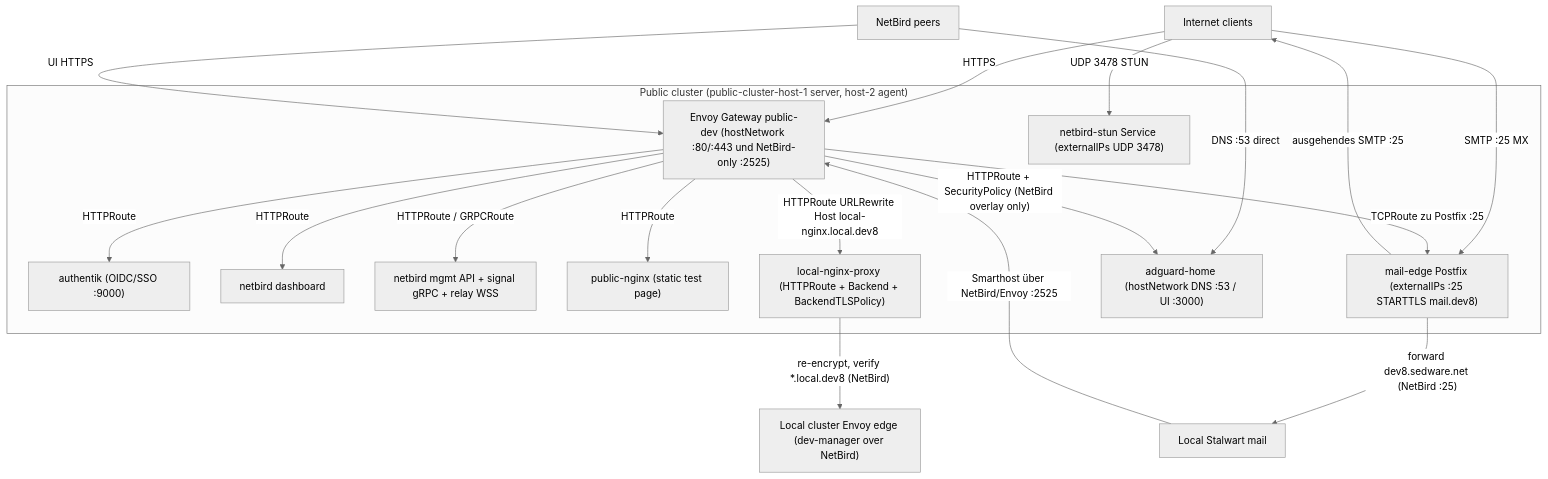
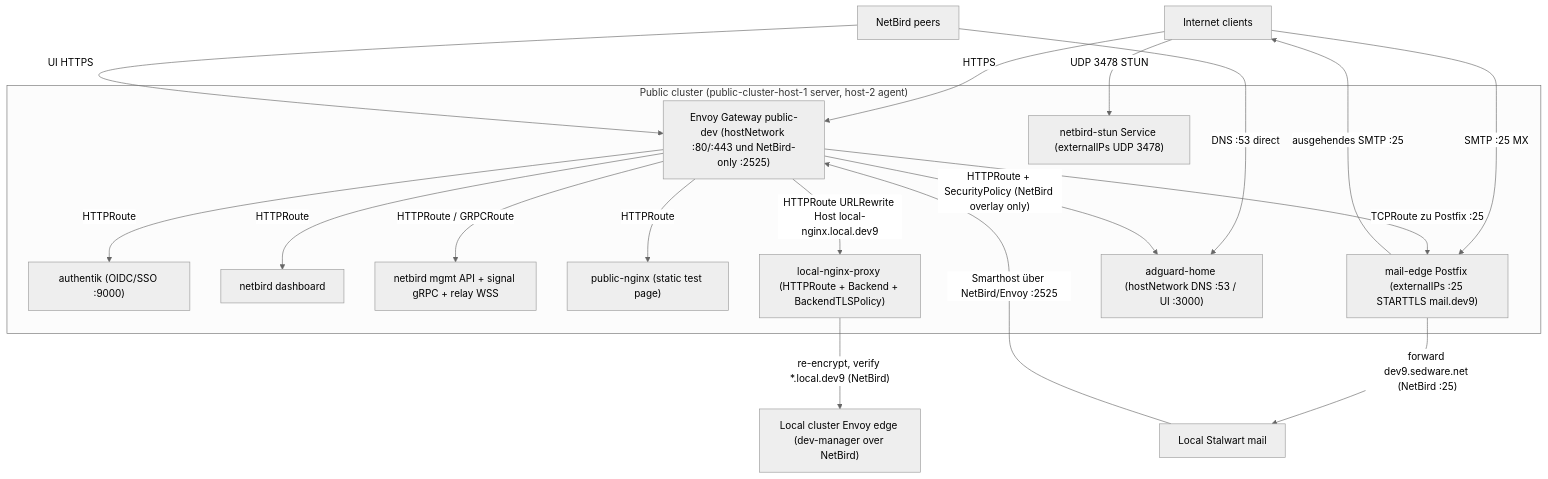
One commit to rowBeeX/public-cluster-kubernetes changed the diagram in docs/architecture.md. Above: the diagram before and after it, drawn with Mermaid (neutral theme). The commit also changed 20 other files, not shown here.

````diff
--- a/docs/architecture.md
+++ b/docs/architecture.md
@@ -44,38 +44,38 @@
 ```mermaid
 flowchart TB
   internet["Internet clients"]
   nbpeers["NetBird peers"]
   localedge["Local cluster Envoy edge (dev-manager over NetBird)"]
   stalwart["Local Stalwart mail"]
 
   subgraph public["Public cluster (public-cluster-host-1 server, host-2 agent)"]
     envoy["Envoy Gateway public-dev (hostNetwork :80/:443 und NetBird-only :2525)"]
     authentik["authentik (OIDC/SSO :9000)"]
     nbdash["netbird dashboard"]
     nbmgmt["netbird mgmt API + signal gRPC + relay WSS"]
     pubnginx["public-nginx (static test page)"]
     lnproxy["local-nginx-proxy (HTTPRoute + Backend + BackendTLSPolicy)"]
     stunsvc["netbird-stun Service (externalIPs UDP 3478)"]
-    mailedge["mail-edge Postfix (externalIPs :25 STARTTLS mail.dev8)"]
+    mailedge["mail-edge Postfix (externalIPs :25 STARTTLS mail.dev9)"]
     adguard["adguard-home (hostNetwork DNS :53 / UI :3000)"]
   end
 
   internet -->|HTTPS| envoy
   envoy -->|HTTPRoute| authentik
   envoy -->|HTTPRoute| nbdash
   envoy -->|HTTPRoute / GRPCRoute| nbmgmt
   envoy -->|HTTPRoute| pubnginx
-  envoy -->|"HTTPRoute URLRewrite Host local-nginx.local.dev8"| lnproxy
-  lnproxy -->|"re-encrypt, verify *.local.dev8 (NetBird)"| localedge
+  envoy -->|"HTTPRoute URLRewrite Host local-nginx.local.dev9"| lnproxy
+  lnproxy -->|"re-encrypt, verify *.local.dev9 (NetBird)"| localedge
 
   internet -->|UDP 3478 STUN| stunsvc
   internet -->|SMTP :25 MX| mailedge
-  mailedge -->|"forward dev8.sedware.net (NetBird :25)"| stalwart
+  mailedge -->|"forward dev9.sedware.net (NetBird :25)"| stalwart
   stalwart -->|"Smarthost über NetBird/Envoy :2525"| envoy
   envoy -->|"TCPRoute zu Postfix :25"| mailedge
   mailedge -->|"ausgehendes SMTP :25"| internet
 
   nbpeers -->|DNS :53 direct| adguard
   nbpeers -->|UI HTTPS| envoy
   envoy -->|"HTTPRoute + SecurityPolicy (NetBird overlay only)"| adguard
 ```
````
